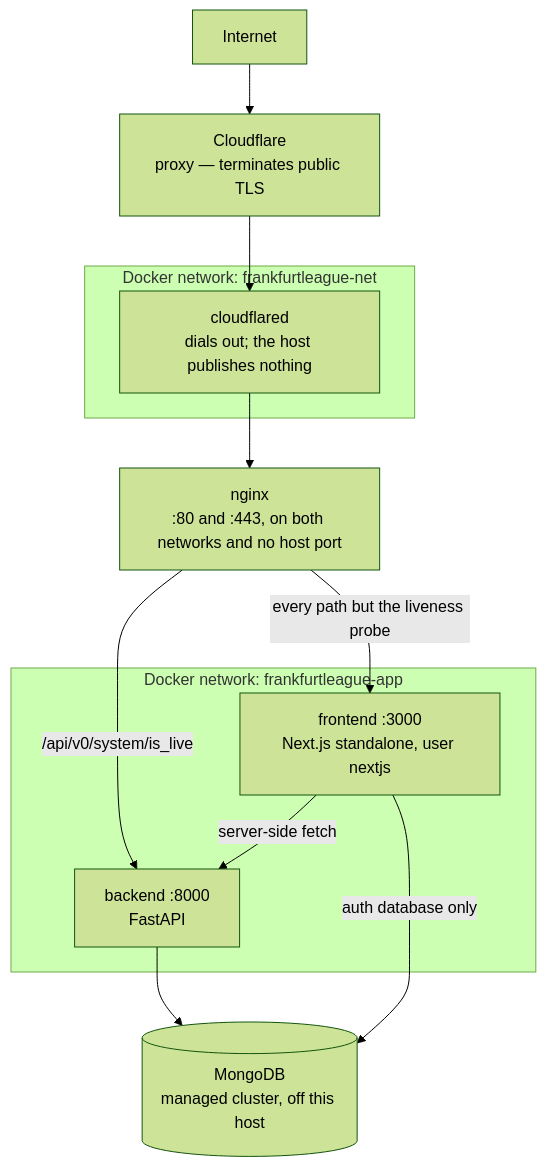
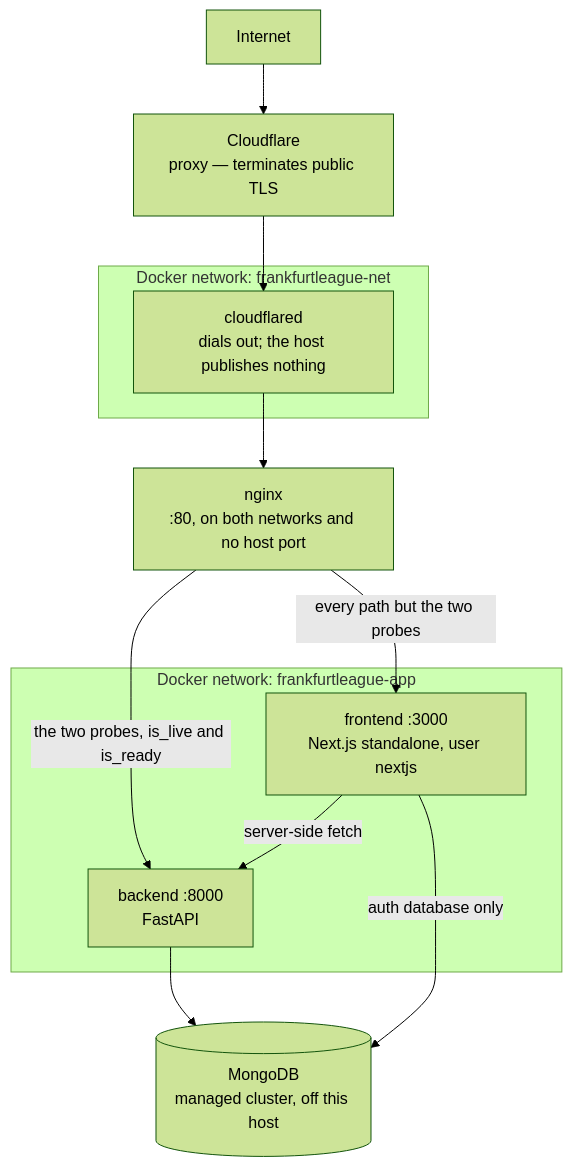
Before and after one commit to felzab/frankfurtleague: the diagram in docs/ops/overview.md, drawn with Mermaid (forest theme). The commit also changed other lines of this file, not shown here.

````diff
--- a/docs/ops/overview.md
+++ b/docs/ops/overview.md
@@ -11,27 +11,27 @@
 ```mermaid
 graph TB
     internet["Internet"]
     cf["Cloudflare<br/>proxy — terminates public TLS"]
 
     subgraph edgenet["Docker network: frankfurtleague-net"]
         connector["cloudflared<br/>dials out; the host publishes nothing"]
     end
 
-    nginx["nginx<br/>:80 and :443, on both networks and no host port"]
+    nginx["nginx<br/>:80, on both networks and no host port"]
 
     subgraph appnet["Docker network: frankfurtleague-app"]
         fe["frontend :3000<br/>Next.js standalone, user nextjs"]
         be["backend :8000<br/>FastAPI"]
     end
 
     mongo[("MongoDB<br/>managed cluster, off this host")]
 
     internet --> cf
     cf --> connector
     connector --> nginx
-    nginx -->|"/api/v0/system/is_live"| be
-    nginx -->|"every path but the liveness probe"| fe
+    nginx -->|"the two probes, is_live and is_ready"| be
+    nginx -->|"every path but the two probes"| fe
     fe -->|"server-side fetch"| be
     fe -->|"auth database only"| mongo
     be --> mongo
 ```
````
